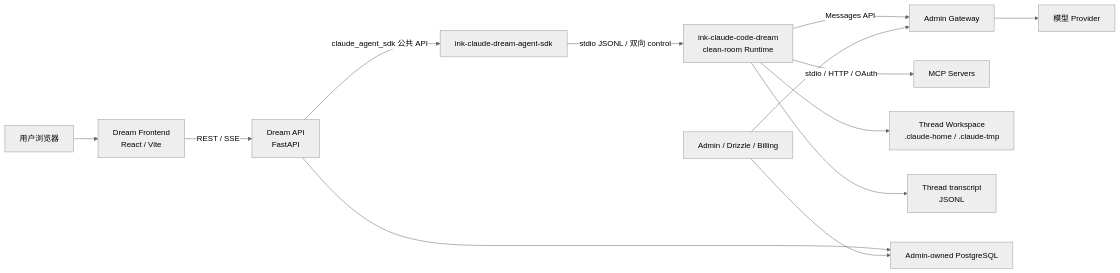
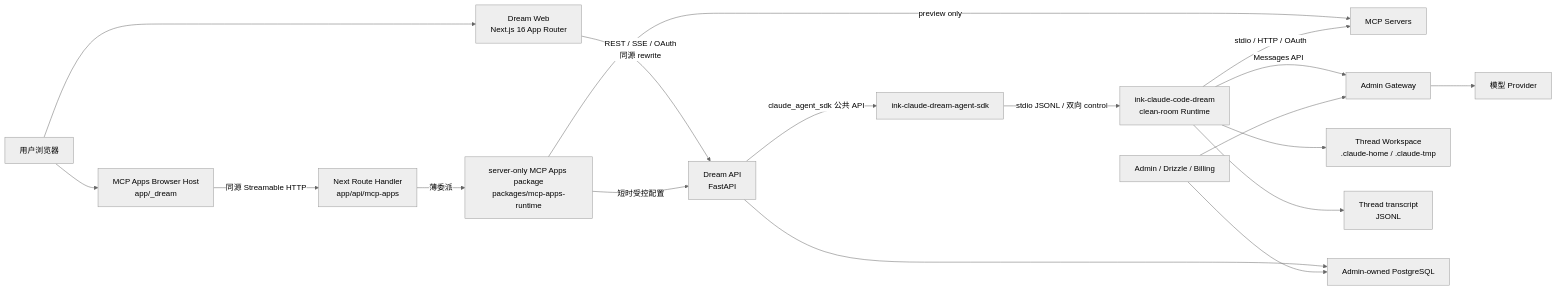
One commit to glide-the/im-dream changed the first of 4 diagrams in docs/architecture/项目架构设计说明.md. Above: the diagram before and after it, drawn with Mermaid (neutral theme). The commit also changed other lines of this file and 106 other files, not shown here.

Commit message:
docs: align Dream architecture with Next workspace

````diff
--- a/docs/architecture/项目架构设计说明.md
+++ b/docs/architecture/项目架构设计说明.md
@@ -35,15 +36,20 @@
 ```mermaid
 flowchart LR
-    U["用户浏览器"] --> FE["Dream Frontend<br/>React / Vite"]
-    FE -->|"REST / SSE"| API["Dream API<br/>FastAPI"]
+    U["用户浏览器"] --> FE["Dream Web<br/>Next.js 16 App Router"]
+    FE -->|"REST / SSE / OAuth<br/>同源 rewrite"| API["Dream API<br/>FastAPI"]
+    U --> HOST["MCP Apps Browser Host<br/>app/_dream"]
+    HOST -->|"同源 Streamable HTTP"| RH["Next Route Handler<br/>app/api/mcp-apps"]
+    RH -->|"薄委派"| NRT["server-only MCP Apps package<br/>packages/mcp-apps-runtime"]
+    NRT -->|"短时受控配置"| API
+    NRT -->|"preview only"| MCP
     API -->|"claude_agent_sdk 公共 API"| SDK["ink-claude-dream-agent-sdk"]
     SDK -->|"stdio JSONL / 双向 control"| RT["ink-claude-code-dream<br/>clean-room Runtime"]
     RT -->|"Messages API"| GW["Admin Gateway"]
     RT -->|"stdio / HTTP / OAuth"| MCP["MCP Servers"]
     RT --> WS["Thread Workspace<br/>.claude-home / .claude-tmp"]
     RT --> TS["Thread transcript<br/>JSONL"]
     API --> PG["Admin-owned PostgreSQL"]
     ADMIN["Admin / Drizzle / Billing"] --> PG
     ADMIN --> GW
     GW --> PROVIDER["模型 Provider"]
 ```
````
